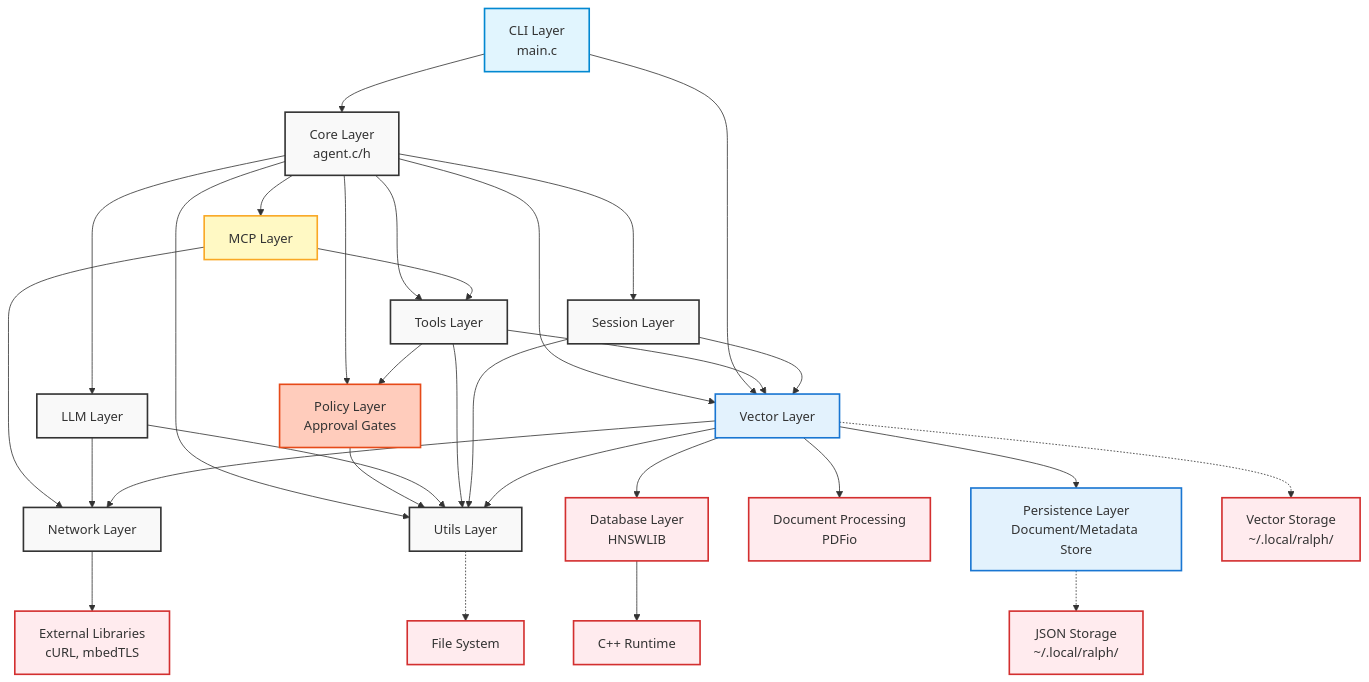
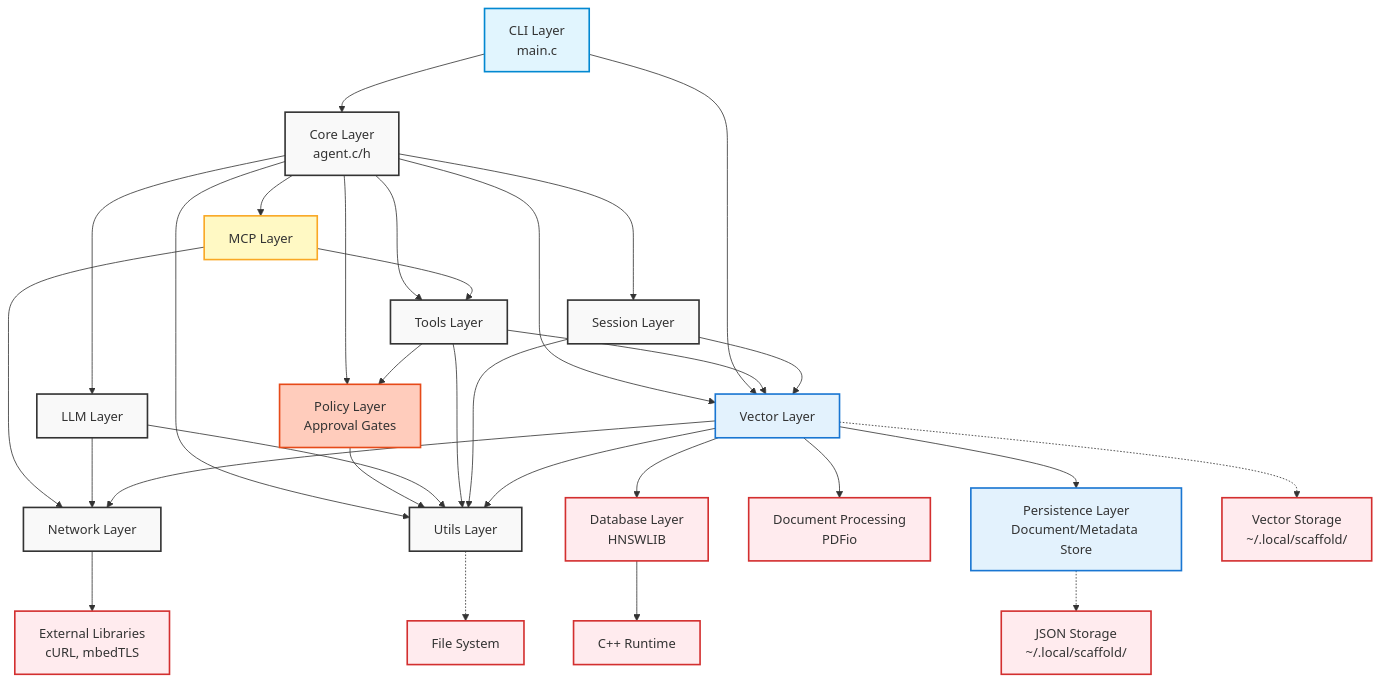
Before and after one commit to tgittos/scaffold: the sixth of 16 diagrams in ARCHITECTURE.md, drawn with Mermaid. The commit also changed other lines of this file and 58 other files, not shown here.

First line of the commit message:
Eliminate ralph binary, consolidate to single scaffold binary

````diff
--- a/ARCHITECTURE.md
+++ b/ARCHITECTURE.md
@@ -279,55 +279,55 @@
 ```mermaid
 graph TB
     Core[Core Layer<br/>agent.c/h] --> LLM[LLM Layer]
     Core --> Tools[Tools Layer]
     Core --> Session[Session Layer]
     Core --> Utils[Utils Layer]
     Core --> Vector[Vector Layer]
     Core --> MCP[MCP Layer]
     Core --> Policy[Policy Layer<br/>Approval Gates]
 
     Tools --> Policy
     Policy --> Utils
 
     CLI[CLI Layer<br/>main.c] --> Core
     CLI --> Vector
 
     MCP --> Network[Network Layer]
     MCP --> Tools
 
     LLM --> Network
     LLM --> Utils
 
     Tools --> Utils
     Tools --> Vector
 
     Session --> Utils
     Session --> Vector
 
     Vector --> Network
     Vector --> Utils
     Vector --> Database[Database Layer<br/>HNSWLIB]
     Vector --> Document[Document Processing<br/>PDFio]
     Vector --> Persistence[Persistence Layer<br/>Document/Metadata Store]
 
     Network --> External[External Libraries<br/>cURL, mbedTLS]
     Database --> CPPRuntime[C++ Runtime]
 
     Utils -.-> FileSystem[File System]
-    Persistence -.-> JSONStorage[JSON Storage<br/>~/.local/ralph/]
-    Vector -.-> VectorStorage[Vector Storage<br/>~/.local/ralph/]
+    Persistence -.-> JSONStorage[JSON Storage<br/>~/.local/scaffold/]
+    Vector -.-> VectorStorage[Vector Storage<br/>~/.local/scaffold/]
 
     classDef layer fill:#f9f9f9,stroke:#333,stroke-width:2px
     classDef vectorLayer fill:#e3f2fd,stroke:#1976d2,stroke-width:2px
     classDef external fill:#ffebee,stroke:#d32f2f,stroke-width:2px
     classDef mcpLayer fill:#fff9c4,stroke:#f9a825,stroke-width:2px
     classDef cliLayer fill:#e1f5fe,stroke:#0288d1,stroke-width:2px
     classDef policyLayer fill:#ffccbc,stroke:#e64a19,stroke-width:2px
 
     class Core,LLM,Tools,Session,Utils,Network layer
     class Policy policyLayer
     class Vector,Persistence vectorLayer
     class External,FileSystem,Database,Document,CPPRuntime,VectorStorage,JSONStorage external
     class MCP mcpLayer
     class CLI cliLayer
 ```
````
